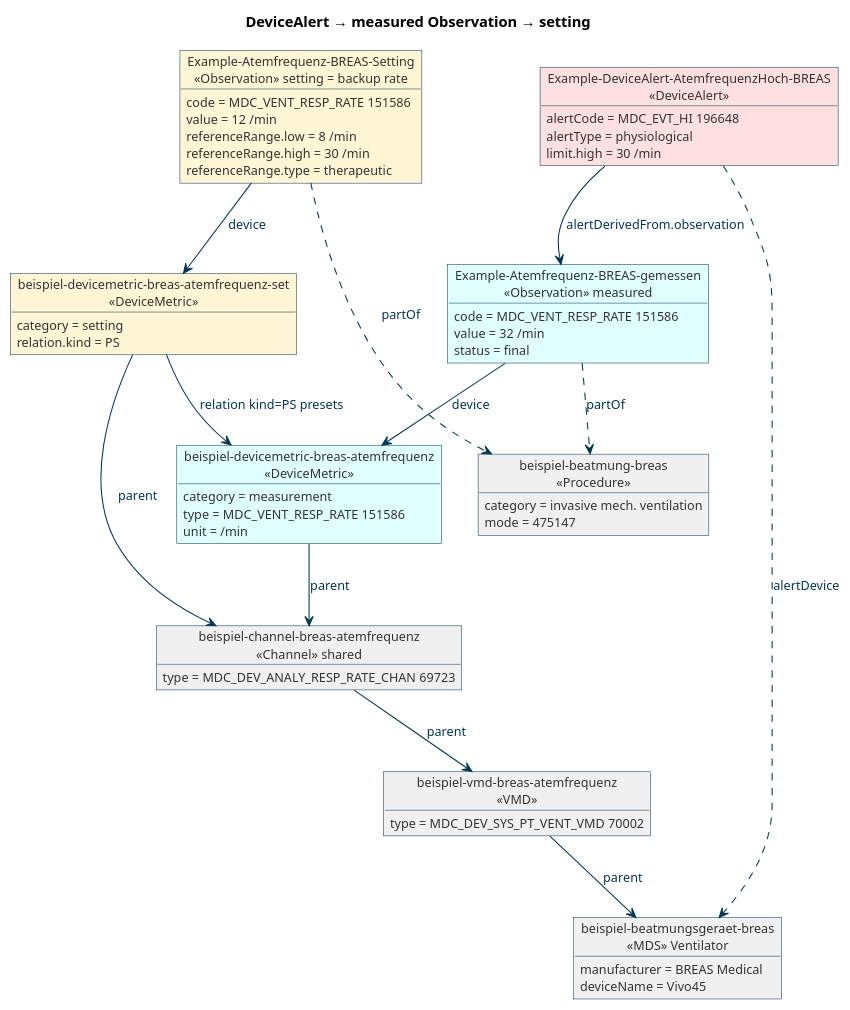
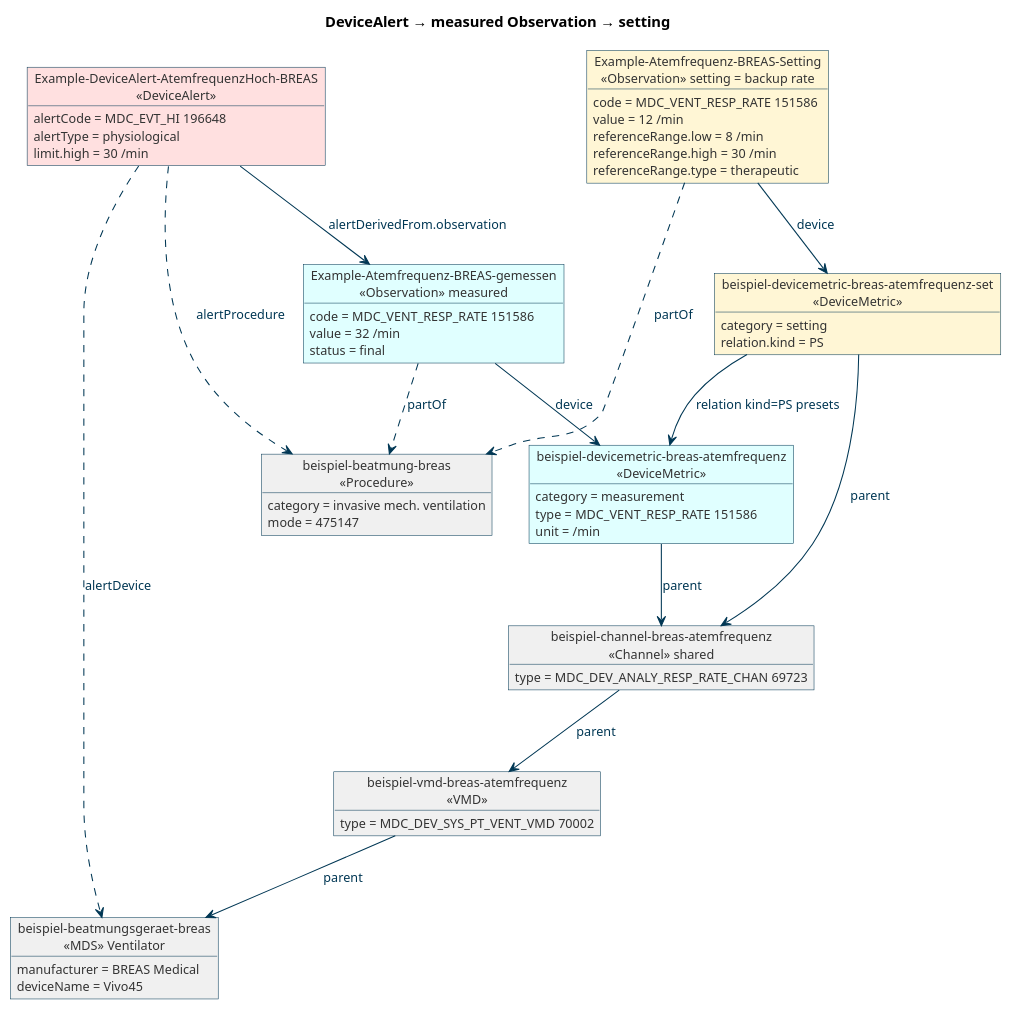
Before and after one commit to BIH-CEI/T-CABS: the diagram in input/images-source/t-cabs-alert-observation-setting.plantuml, drawn with PlantUML. The commit also changed 34 other files, not shown here.

```diff
--- a/input/images-source/t-cabs-alert-observation-setting.plantuml
+++ b/input/images-source/t-cabs-alert-observation-setting.plantuml
@@ -1,83 +1,84 @@
 @startuml t-cabs-alert-observation-setting
 ' T-CABS — Reference chain: DeviceAlert -> measured Observation -> setting,
 ' linked on the DeviceMetric level via the PoCD relation extension (kind = PS).
 ' Object diagram of the coherent BREAS respiratory-rate example.
 
 skinparam backgroundColor #FFFFFF
 skinparam shadowing false
 skinparam defaultFontName Verdana
 skinparam defaultFontSize 12
 skinparam ArrowColor #003754
 skinparam ArrowFontColor #003754
 
 skinparam object {
   BorderColor #003754
   BackgroundColor #E0FFFF
   AttributeFontColor #333333
 }
 
 title DeviceAlert → measured Observation → setting
 
 object "Example-DeviceAlert-AtemfrequenzHoch-BREAS\n«DeviceAlert»" as alert #FFE0E0 {
   alertCode = MDC_EVT_HI 196648
   alertType = physiological
   limit.high = 30 /min
 }
 
 object "Example-Atemfrequenz-BREAS-gemessen\n«Observation» measured" as measObs {
   code = MDC_VENT_RESP_RATE 151586
   value = 32 /min
   status = final
 }
 
 object "Example-Atemfrequenz-BREAS-Setting\n«Observation» setting = backup rate" as setObs #FFF6D5 {
   code = MDC_VENT_RESP_RATE 151586
   value = 12 /min
   referenceRange.low = 8 /min
   referenceRange.high = 30 /min
   referenceRange.type = therapeutic
 }
 
 object "beispiel-devicemetric-breas-atemfrequenz\n«DeviceMetric»" as measDM {
   category = measurement
   type = MDC_VENT_RESP_RATE 151586
   unit = /min
 }
 
 object "beispiel-devicemetric-breas-atemfrequenz-set\n«DeviceMetric»" as setDM #FFF6D5 {
   category = setting
   relation.kind = PS
 }
 
 object "beispiel-channel-breas-atemfrequenz\n«Channel» shared" as chan #F0F0F0 {
   type = MDC_DEV_ANALY_RESP_RATE_CHAN 69723
 }
 object "beispiel-vmd-breas-atemfrequenz\n«VMD»" as vmd #F0F0F0 {
   type = MDC_DEV_SYS_PT_VENT_VMD 70002
 }
 object "beispiel-beatmungsgeraet-breas\n«MDS» Ventilator" as mds #F0F0F0 {
   manufacturer = BREAS Medical
   deviceName = Vivo45
 }
 object "beispiel-beatmung-breas\n«Procedure»" as proc #F0F0F0 {
   category = invasive mech. ventilation
   mode = 475147
 }
 
 alert --> measObs : alertDerivedFrom.observation
 alert ..> mds : alertDevice
 
 measObs --> measDM : device
 setObs  --> setDM  : device
 
 setDM --> measDM : relation kind=PS presets
 
 measDM --> chan : parent
 setDM  --> chan : parent
 chan --> vmd : parent
 vmd --> mds : parent
 
+alert   ..> proc : alertProcedure
 measObs ..> proc : partOf
 setObs  ..> proc : partOf
 
 @enduml
```
